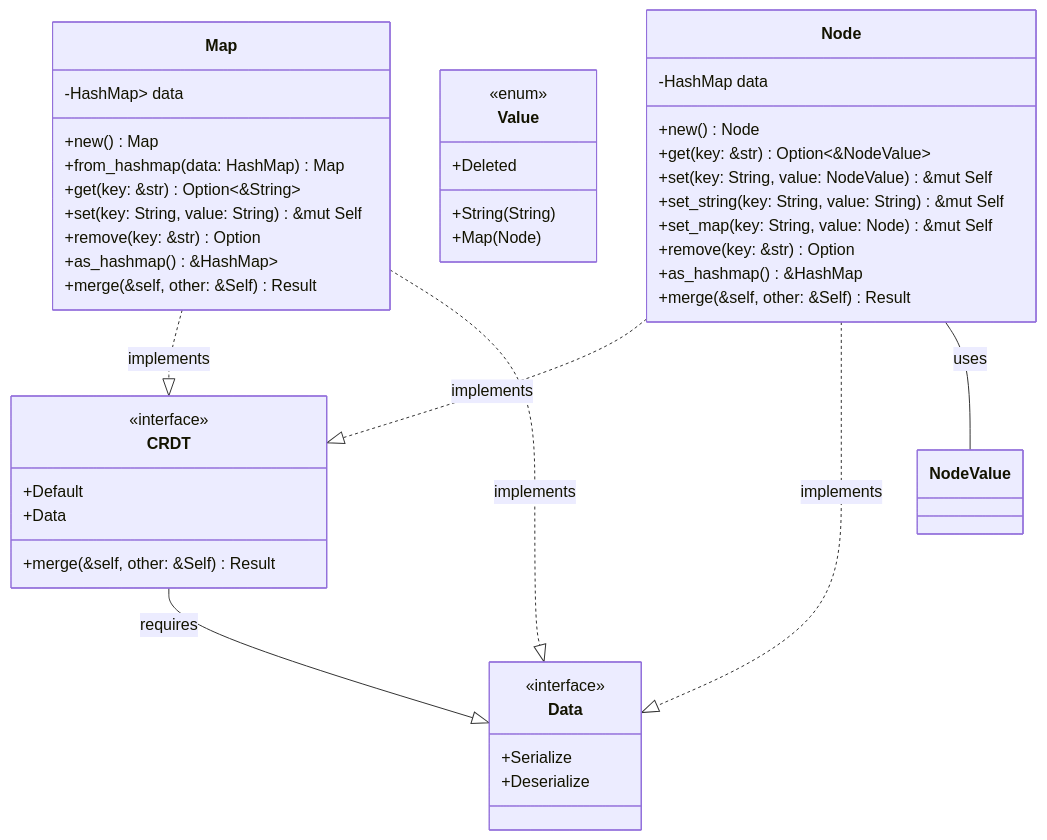
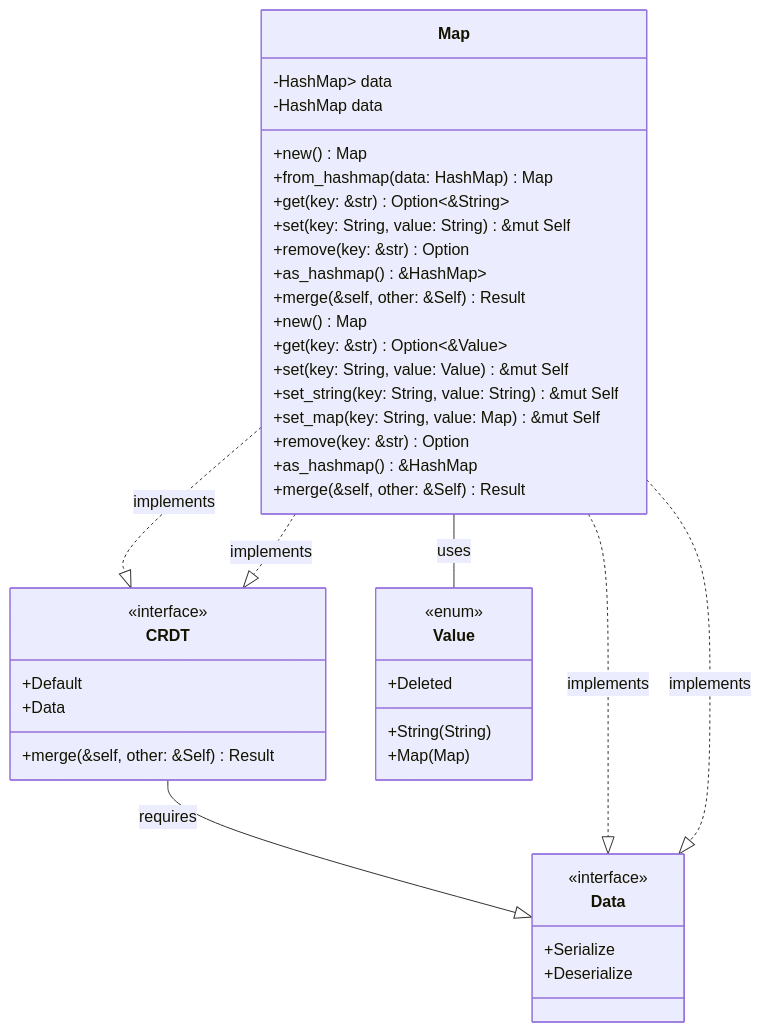
The diagram in docs/src/internal/core_components/crdt.md (arcuru/eidetica), drawn with Mermaid before and after one commit. The commit also changed other lines of this file and 13 other files, not shown here.

````diff
--- a/docs/src/internal/core_components/crdt.md
+++ b/docs/src/internal/core_components/crdt.md
@@ -7,52 +7,52 @@
 ```mermaid
 classDiagram
     class Data {
         <<interface>>
         +Serialize
         +Deserialize
     }
 
     class CRDT {
         <<interface>>
         +Default
         +Data
         +merge(&self, other: &Self) Result<Self>
     }
 
     class Map {
         -HashMap<String, Option<String>> data
         +new() Map
         +from_hashmap(data: HashMap<String, String>) Map
         +get(key: &str) Option<&String>
         +set(key: String, value: String) &mut Self
         +remove(key: &str) Option<String>
         +as_hashmap() &HashMap<String, Option<String>>
         +merge(&self, other: &Self) Result<Self>
     }
 
     class Value {
         <<enum>>
         +String(String)
-        +Map(Node)
+        +Map(Map)
         +Deleted
     }
 
-    class Node {
-        -HashMap<String, NodeValue> data
-        +new() Node
-        +get(key: &str) Option<&NodeValue>
-        +set(key: String, value: NodeValue) &mut Self
+    class Map {
+        -HashMap<String, Value> data
+        +new() Map
+        +get(key: &str) Option<&Value>
+        +set(key: String, value: Value) &mut Self
         +set_string(key: String, value: String) &mut Self
-        +set_map(key: String, value: Node) &mut Self
-        +remove(key: &str) Option<NodeValue>
-        +as_hashmap() &HashMap<String, NodeValue>
+        +set_map(key: String, value: Map) &mut Self
+        +remove(key: &str) Option<Value>
+        +as_hashmap() &HashMap<String, Value>
         +merge(&self, other: &Self) Result<Self>
     }
 
     CRDT --|> Data : requires
     Map ..|> CRDT : implements
     Map ..|> Data : implements
-    Node ..|> CRDT : implements
-    Node ..|> Data : implements
-    Node -- NodeValue : uses
+    Map ..|> CRDT : implements
+    Map ..|> Data : implements
+    Map -- Value : uses
 ```
````
